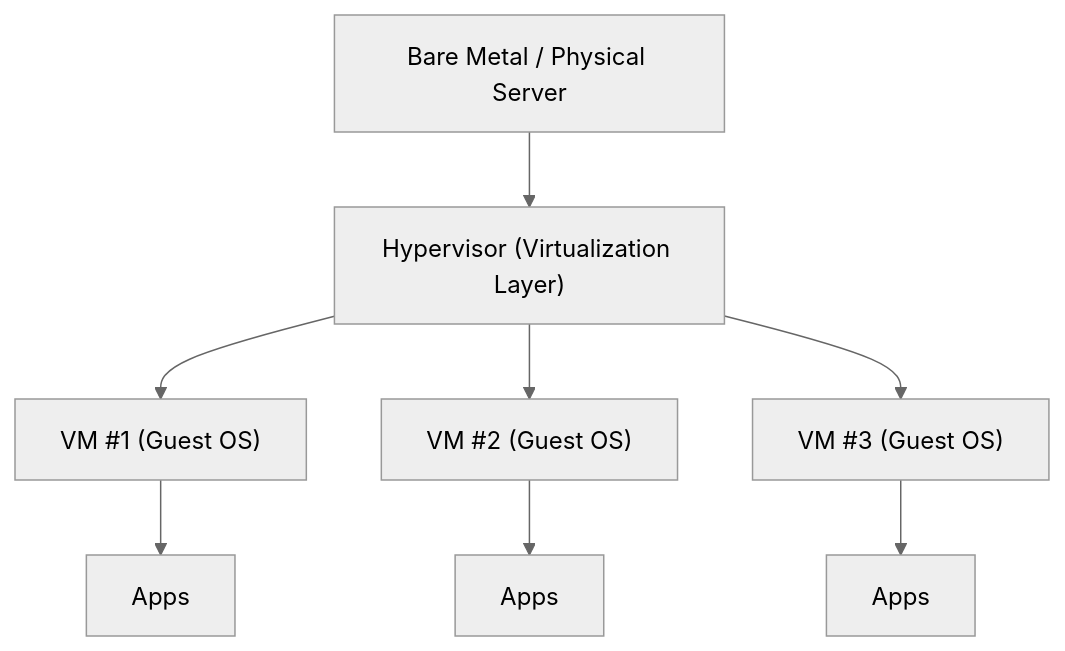
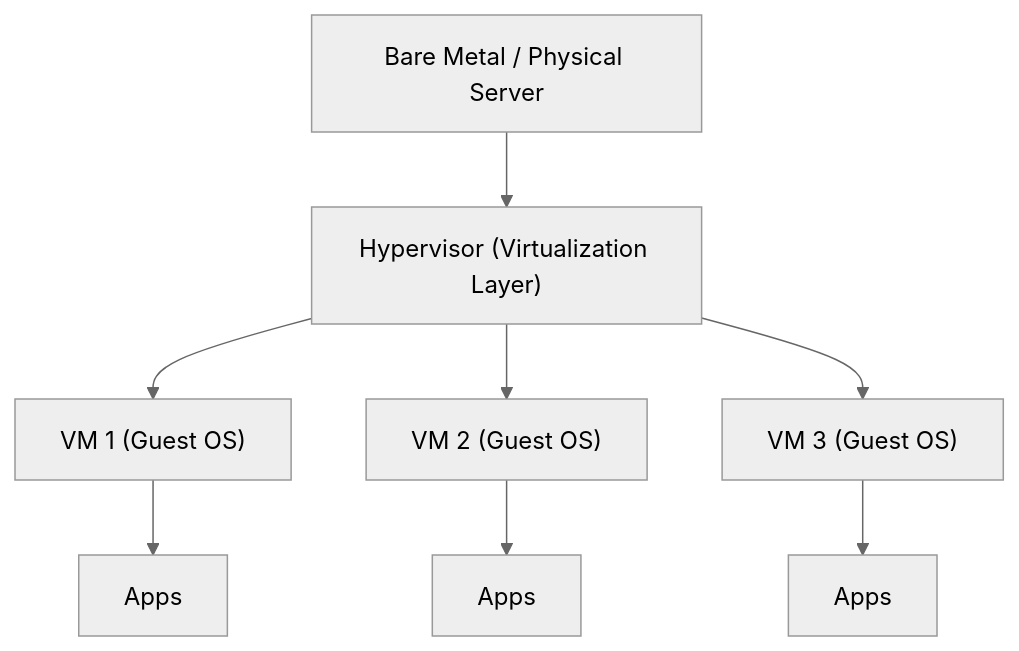
The first of 2 diagrams in understanding_virtualization/understanding_virtualization_bn.md (jakirhosen9395/vmware-vsphere-study-notes), drawn with Mermaid (neutral theme) before and after one commit.

Commit message:
added understanding_virtualization

````diff
--- a/understanding_virtualization/understanding_virtualization_bn.md
+++ b/understanding_virtualization/understanding_virtualization_bn.md
@@ -71,10 +71,10 @@
 ```mermaid
 flowchart TB
   A["Bare Metal / Physical Server"] --> B["Hypervisor (Virtualization Layer)"]
-  B --> C1["VM #1 (Guest OS)"]
-  B --> C2["VM #2 (Guest OS)"]
-  B --> C3["VM #3 (Guest OS)"]
+  B --> C1["VM 1 (Guest OS)"]
+  B --> C2["VM 2 (Guest OS)"]
+  B --> C3["VM 3 (Guest OS)"]
   C1 --> D1["Apps"]
   C2 --> D2["Apps"]
   C3 --> D3["Apps"]
 ```
````
